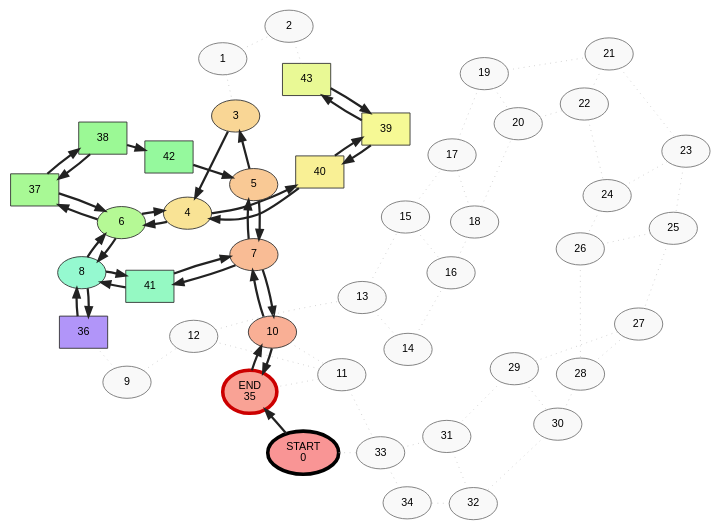
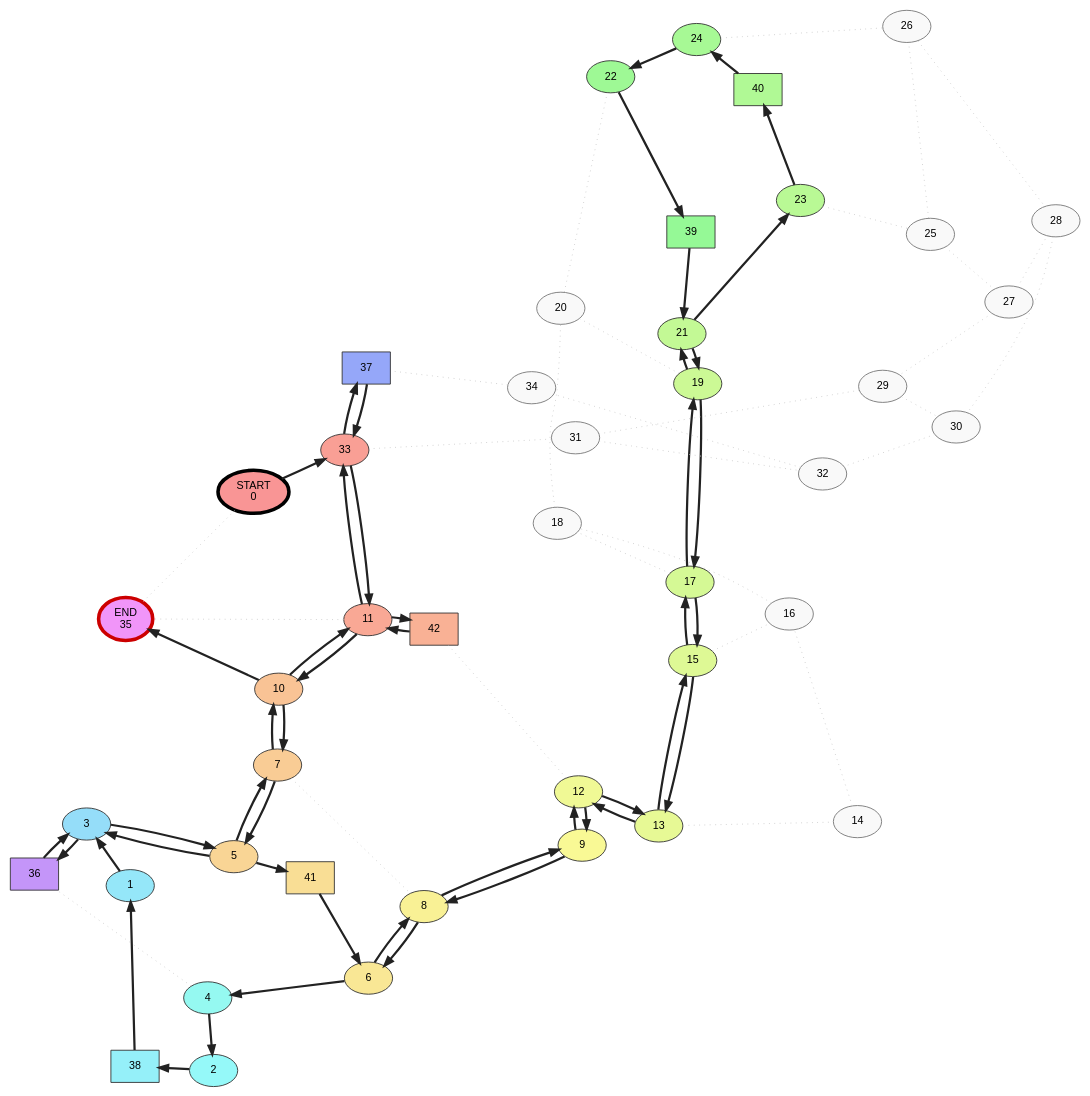
One commit to EmericBraud/fil_rouge_pharma changed the diagram in initial_path.dot. Above: the diagram before and after it, drawn with Graphviz. The commit also changed 13 other files, not shown here.

```diff
--- a/initial_path.dot
+++ b/initial_path.dot
@@ -1,126 +1,127 @@
 digraph Warehouse {
     layout=fdp;
     K=1.1;
     overlap=false;
     sep="+10";
     splines=true;
     edge [len=1.2];
     node [style="filled", fontname="Arial", fontsize=12, penwidth=1.5];
     0 [shape=ellipse, fillcolor="#f99595", color="#000000", penwidth=4, label="START\n0"];
-    1 [shape=ellipse, fillcolor="#f9f9f9", color="#777777", penwidth=1, label="1"];
-    2 [shape=ellipse, fillcolor="#f9f9f9", color="#777777", penwidth=1, label="2"];
-    3 [shape=ellipse, fillcolor="#f9d695", color="#333333", penwidth=1, label="3"];
-    4 [shape=ellipse, fillcolor="#f9e395", color="#333333", penwidth=1, label="4"];
-    5 [shape=ellipse, fillcolor="#f9c995", color="#333333", penwidth=1, label="5"];
-    6 [shape=ellipse, fillcolor="#b5f995", color="#333333", penwidth=1, label="6"];
-    7 [shape=ellipse, fillcolor="#f9bc95", color="#333333", penwidth=1, label="7"];
-    8 [shape=ellipse, fillcolor="#95f9d0", color="#333333", penwidth=1, label="8"];
-    9 [shape=ellipse, fillcolor="#f9f9f9", color="#777777", penwidth=1, label="9"];
-    10 [shape=ellipse, fillcolor="#f9af95", color="#333333", penwidth=1, label="10"];
-    11 [shape=ellipse, fillcolor="#f9f9f9", color="#777777", penwidth=1, label="11"];
-    12 [shape=ellipse, fillcolor="#f9f9f9", color="#777777", penwidth=1, label="12"];
-    13 [shape=ellipse, fillcolor="#f9f9f9", color="#777777", penwidth=1, label="13"];
+    1 [shape=ellipse, fillcolor="#95e7f9", color="#333333", penwidth=1, label="1"];
+    2 [shape=ellipse, fillcolor="#95f9f9", color="#333333", penwidth=1, label="2"];
+    3 [shape=ellipse, fillcolor="#95ddf9", color="#333333", penwidth=1, label="3"];
+    4 [shape=ellipse, fillcolor="#95f9f1", color="#333333", penwidth=1, label="4"];
+    5 [shape=ellipse, fillcolor="#f9d595", color="#333333", penwidth=1, label="5"];
+    6 [shape=ellipse, fillcolor="#f9e795", color="#333333", penwidth=1, label="6"];
+    7 [shape=ellipse, fillcolor="#f9cc95", color="#333333", penwidth=1, label="7"];
+    8 [shape=ellipse, fillcolor="#f9f195", color="#333333", penwidth=1, label="8"];
+    9 [shape=ellipse, fillcolor="#f9f995", color="#333333", penwidth=1, label="9"];
+    10 [shape=ellipse, fillcolor="#f9c395", color="#333333", penwidth=1, label="10"];
+    11 [shape=ellipse, fillcolor="#f9a895", color="#333333", penwidth=1, label="11"];
+    12 [shape=ellipse, fillcolor="#f0f995", color="#333333", penwidth=1, label="12"];
+    13 [shape=ellipse, fillcolor="#e7f995", color="#333333", penwidth=1, label="13"];
     14 [shape=ellipse, fillcolor="#f9f9f9", color="#777777", penwidth=1, label="14"];
-    15 [shape=ellipse, fillcolor="#f9f9f9", color="#777777", penwidth=1, label="15"];
+    15 [shape=ellipse, fillcolor="#def995", color="#333333", penwidth=1, label="15"];
     16 [shape=ellipse, fillcolor="#f9f9f9", color="#777777", penwidth=1, label="16"];
-    17 [shape=ellipse, fillcolor="#f9f9f9", color="#777777", penwidth=1, label="17"];
+    17 [shape=ellipse, fillcolor="#d5f995", color="#333333", penwidth=1, label="17"];
     18 [shape=ellipse, fillcolor="#f9f9f9", color="#777777", penwidth=1, label="18"];
-    19 [shape=ellipse, fillcolor="#f9f9f9", color="#777777", penwidth=1, label="19"];
+    19 [shape=ellipse, fillcolor="#ccf995", color="#333333", penwidth=1, label="19"];
     20 [shape=ellipse, fillcolor="#f9f9f9", color="#777777", penwidth=1, label="20"];
-    21 [shape=ellipse, fillcolor="#f9f9f9", color="#777777", penwidth=1, label="21"];
-    22 [shape=ellipse, fillcolor="#f9f9f9", color="#777777", penwidth=1, label="22"];
-    23 [shape=ellipse, fillcolor="#f9f9f9", color="#777777", penwidth=1, label="23"];
-    24 [shape=ellipse, fillcolor="#f9f9f9", color="#777777", penwidth=1, label="24"];
+    21 [shape=ellipse, fillcolor="#c3f995", color="#333333", penwidth=1, label="21"];
+    22 [shape=ellipse, fillcolor="#9ef995", color="#333333", penwidth=1, label="22"];
+    23 [shape=ellipse, fillcolor="#b9f995", color="#333333", penwidth=1, label="23"];
+    24 [shape=ellipse, fillcolor="#a7f995", color="#333333", penwidth=1, label="24"];
     25 [shape=ellipse, fillcolor="#f9f9f9", color="#777777", penwidth=1, label="25"];
     26 [shape=ellipse, fillcolor="#f9f9f9", color="#777777", penwidth=1, label="26"];
     27 [shape=ellipse, fillcolor="#f9f9f9", color="#777777", penwidth=1, label="27"];
     28 [shape=ellipse, fillcolor="#f9f9f9", color="#777777", penwidth=1, label="28"];
     29 [shape=ellipse, fillcolor="#f9f9f9", color="#777777", penwidth=1, label="29"];
     30 [shape=ellipse, fillcolor="#f9f9f9", color="#777777", penwidth=1, label="30"];
     31 [shape=ellipse, fillcolor="#f9f9f9", color="#777777", penwidth=1, label="31"];
     32 [shape=ellipse, fillcolor="#f9f9f9", color="#777777", penwidth=1, label="32"];
-    33 [shape=ellipse, fillcolor="#f9f9f9", color="#777777", penwidth=1, label="33"];
+    33 [shape=ellipse, fillcolor="#f99f95", color="#333333", penwidth=1, label="33"];
     34 [shape=ellipse, fillcolor="#f9f9f9", color="#777777", penwidth=1, label="34"];
-    35 [shape=ellipse, fillcolor="#f9a295", color="#cc0000", penwidth=4, label="END\n35"];
-    36 [shape=box, fillcolor="#b195f9", color="#333333", penwidth=1, label="36"];
-    37 [shape=box, fillcolor="#a8f995", color="#333333", penwidth=1, label="37"];
-    38 [shape=box, fillcolor="#9bf995", color="#333333", penwidth=1, label="38"];
-    39 [shape=box, fillcolor="#f6f995", color="#333333", penwidth=1, label="39"];
-    40 [shape=box, fillcolor="#f9f095", color="#333333", penwidth=1, label="40"];
-    41 [shape=box, fillcolor="#95f9c3", color="#333333", penwidth=1, label="41"];
-    42 [shape=box, fillcolor="#95f99d", color="#333333", penwidth=1, label="42"];
-    43 [shape=box, fillcolor="#e9f995", color="#333333", penwidth=1, label="43"];
-    0 -> 35 [penwidth=2.5, color="#222222", weight=10];
-    0 -> 33 [dir=none, color="#cccccc", style="dotted", weight=1];
-    1 -> 3 [dir=none, color="#cccccc", style="dotted", weight=1];
-    1 -> 2 [dir=none, color="#cccccc", style="dotted", weight=1];
-    2 -> 43 [dir=none, color="#cccccc", style="dotted", weight=1];
-    3 -> 4 [penwidth=2.5, color="#222222", weight=10];
-    4 -> 40 [penwidth=2.5, color="#222222", weight=10];
-    4 -> 6 [penwidth=2.5, color="#222222", weight=10];
+    35 [shape=ellipse, fillcolor="#f195f9", color="#cc0000", penwidth=4, label="END\n35"];
+    36 [shape=box, fillcolor="#c495f9", color="#333333", penwidth=1, label="36"];
+    37 [shape=box, fillcolor="#95a7f9", color="#333333", penwidth=1, label="37"];
+    38 [shape=box, fillcolor="#95f0f9", color="#333333", penwidth=1, label="38"];
+    39 [shape=box, fillcolor="#95f996", color="#333333", penwidth=1, label="39"];
+    40 [shape=box, fillcolor="#b0f995", color="#333333", penwidth=1, label="40"];
+    41 [shape=box, fillcolor="#f9de95", color="#333333", penwidth=1, label="41"];
+    42 [shape=box, fillcolor="#f9b195", color="#333333", penwidth=1, label="42"];
+    0 -> 35 [dir=none, color="#cccccc", style="dotted", weight=1];
+    0 -> 33 [penwidth=2.5, color="#222222", weight=10];
+    1 -> 3 [penwidth=2.5, color="#222222", weight=10];
+    2 -> 38 [penwidth=2.5, color="#222222", weight=10];
+    3 -> 36 [penwidth=2.5, color="#222222", weight=10];
+    3 -> 5 [penwidth=2.5, color="#222222", weight=10];
+    4 -> 36 [dir=none, color="#cccccc", style="dotted", weight=1];
+    4 -> 2 [penwidth=2.5, color="#222222", weight=10];
+    5 -> 41 [penwidth=2.5, color="#222222", weight=10];
     5 -> 7 [penwidth=2.5, color="#222222", weight=10];
     5 -> 3 [penwidth=2.5, color="#222222", weight=10];
-    6 -> 37 [penwidth=2.5, color="#222222", weight=10];
     6 -> 8 [penwidth=2.5, color="#222222", weight=10];
     6 -> 4 [penwidth=2.5, color="#222222", weight=10];
-    7 -> 41 [penwidth=2.5, color="#222222", weight=10];
     7 -> 10 [penwidth=2.5, color="#222222", weight=10];
+    7 -> 8 [dir=none, color="#cccccc", style="dotted", weight=1];
     7 -> 5 [penwidth=2.5, color="#222222", weight=10];
-    8 -> 41 [penwidth=2.5, color="#222222", weight=10];
-    8 -> 36 [penwidth=2.5, color="#222222", weight=10];
+    8 -> 9 [penwidth=2.5, color="#222222", weight=10];
     8 -> 6 [penwidth=2.5, color="#222222", weight=10];
-    9 -> 36 [dir=none, color="#cccccc", style="dotted", weight=1];
-    9 -> 12 [dir=none, color="#cccccc", style="dotted", weight=1];
+    9 -> 12 [penwidth=2.5, color="#222222", weight=10];
+    9 -> 8 [penwidth=2.5, color="#222222", weight=10];
     10 -> 35 [penwidth=2.5, color="#222222", weight=10];
-    10 -> 11 [dir=none, color="#cccccc", style="dotted", weight=1];
+    10 -> 11 [penwidth=2.5, color="#222222", weight=10];
     10 -> 7 [penwidth=2.5, color="#222222", weight=10];
+    11 -> 42 [penwidth=2.5, color="#222222", weight=10];
     11 -> 35 [dir=none, color="#cccccc", style="dotted", weight=1];
-    11 -> 33 [dir=none, color="#cccccc", style="dotted", weight=1];
-    11 -> 12 [dir=none, color="#cccccc", style="dotted", weight=1];
-    12 -> 13 [dir=none, color="#cccccc", style="dotted", weight=1];
-    13 -> 15 [dir=none, color="#cccccc", style="dotted", weight=1];
+    11 -> 33 [penwidth=2.5, color="#222222", weight=10];
+    11 -> 10 [penwidth=2.5, color="#222222", weight=10];
+    12 -> 42 [dir=none, color="#cccccc", style="dotted", weight=1];
+    12 -> 13 [penwidth=2.5, color="#222222", weight=10];
+    12 -> 9 [penwidth=2.5, color="#222222", weight=10];
+    13 -> 15 [penwidth=2.5, color="#222222", weight=10];
     13 -> 14 [dir=none, color="#cccccc", style="dotted", weight=1];
+    13 -> 12 [penwidth=2.5, color="#222222", weight=10];
     14 -> 16 [dir=none, color="#cccccc", style="dotted", weight=1];
-    15 -> 17 [dir=none, color="#cccccc", style="dotted", weight=1];
+    15 -> 17 [penwidth=2.5, color="#222222", weight=10];
     15 -> 16 [dir=none, color="#cccccc", style="dotted", weight=1];
+    15 -> 13 [penwidth=2.5, color="#222222", weight=10];
     16 -> 18 [dir=none, color="#cccccc", style="dotted", weight=1];
-    17 -> 19 [dir=none, color="#cccccc", style="dotted", weight=1];
+    17 -> 19 [penwidth=2.5, color="#222222", weight=10];
     17 -> 18 [dir=none, color="#cccccc", style="dotted", weight=1];
+    17 -> 15 [penwidth=2.5, color="#222222", weight=10];
     18 -> 20 [dir=none, color="#cccccc", style="dotted", weight=1];
-    19 -> 21 [dir=none, color="#cccccc", style="dotted", weight=1];
+    19 -> 21 [penwidth=2.5, color="#222222", weight=10];
     19 -> 20 [dir=none, color="#cccccc", style="dotted", weight=1];
+    19 -> 17 [penwidth=2.5, color="#222222", weight=10];
     20 -> 22 [dir=none, color="#cccccc", style="dotted", weight=1];
-    21 -> 23 [dir=none, color="#cccccc", style="dotted", weight=1];
-    21 -> 22 [dir=none, color="#cccccc", style="dotted", weight=1];
-    22 -> 24 [dir=none, color="#cccccc", style="dotted", weight=1];
+    21 -> 23 [penwidth=2.5, color="#222222", weight=10];
+    21 -> 19 [penwidth=2.5, color="#222222", weight=10];
+    22 -> 39 [penwidth=2.5, color="#222222", weight=10];
+    23 -> 40 [penwidth=2.5, color="#222222", weight=10];
     23 -> 25 [dir=none, color="#cccccc", style="dotted", weight=1];
-    23 -> 24 [dir=none, color="#cccccc", style="dotted", weight=1];
     24 -> 26 [dir=none, color="#cccccc", style="dotted", weight=1];
+    24 -> 22 [penwidth=2.5, color="#222222", weight=10];
     25 -> 27 [dir=none, color="#cccccc", style="dotted", weight=1];
     25 -> 26 [dir=none, color="#cccccc", style="dotted", weight=1];
     26 -> 28 [dir=none, color="#cccccc", style="dotted", weight=1];
     27 -> 29 [dir=none, color="#cccccc", style="dotted", weight=1];
     27 -> 28 [dir=none, color="#cccccc", style="dotted", weight=1];
     28 -> 30 [dir=none, color="#cccccc", style="dotted", weight=1];
     29 -> 31 [dir=none, color="#cccccc", style="dotted", weight=1];
     29 -> 30 [dir=none, color="#cccccc", style="dotted", weight=1];
     30 -> 32 [dir=none, color="#cccccc", style="dotted", weight=1];
     31 -> 33 [dir=none, color="#cccccc", style="dotted", weight=1];
     31 -> 32 [dir=none, color="#cccccc", style="dotted", weight=1];
     32 -> 34 [dir=none, color="#cccccc", style="dotted", weight=1];
-    33 -> 34 [dir=none, color="#cccccc", style="dotted", weight=1];
-    35 -> 10 [penwidth=2.5, color="#222222", weight=10];
-    36 -> 8 [penwidth=2.5, color="#222222", weight=10];
-    37 -> 6 [penwidth=2.5, color="#222222", weight=10];
-    37 -> 38 [penwidth=2.5, color="#222222", weight=10];
-    38 -> 37 [penwidth=2.5, color="#222222", weight=10];
-    38 -> 42 [penwidth=2.5, color="#222222", weight=10];
-    39 -> 40 [penwidth=2.5, color="#222222", weight=10];
-    39 -> 43 [penwidth=2.5, color="#222222", weight=10];
-    40 -> 4 [penwidth=2.5, color="#222222", weight=10];
-    40 -> 39 [penwidth=2.5, color="#222222", weight=10];
-    41 -> 8 [penwidth=2.5, color="#222222", weight=10];
-    41 -> 7 [penwidth=2.5, color="#222222", weight=10];
-    42 -> 5 [penwidth=2.5, color="#222222", weight=10];
-    43 -> 39 [penwidth=2.5, color="#222222", weight=10];
+    33 -> 37 [penwidth=2.5, color="#222222", weight=10];
+    33 -> 11 [penwidth=2.5, color="#222222", weight=10];
+    34 -> 37 [dir=none, color="#cccccc", style="dotted", weight=1];
+    36 -> 3 [penwidth=2.5, color="#222222", weight=10];
+    37 -> 33 [penwidth=2.5, color="#222222", weight=10];
+    38 -> 1 [penwidth=2.5, color="#222222", weight=10];
+    39 -> 21 [penwidth=2.5, color="#222222", weight=10];
+    40 -> 24 [penwidth=2.5, color="#222222", weight=10];
+    41 -> 6 [penwidth=2.5, color="#222222", weight=10];
+    42 -> 11 [penwidth=2.5, color="#222222", weight=10];
 }
```
